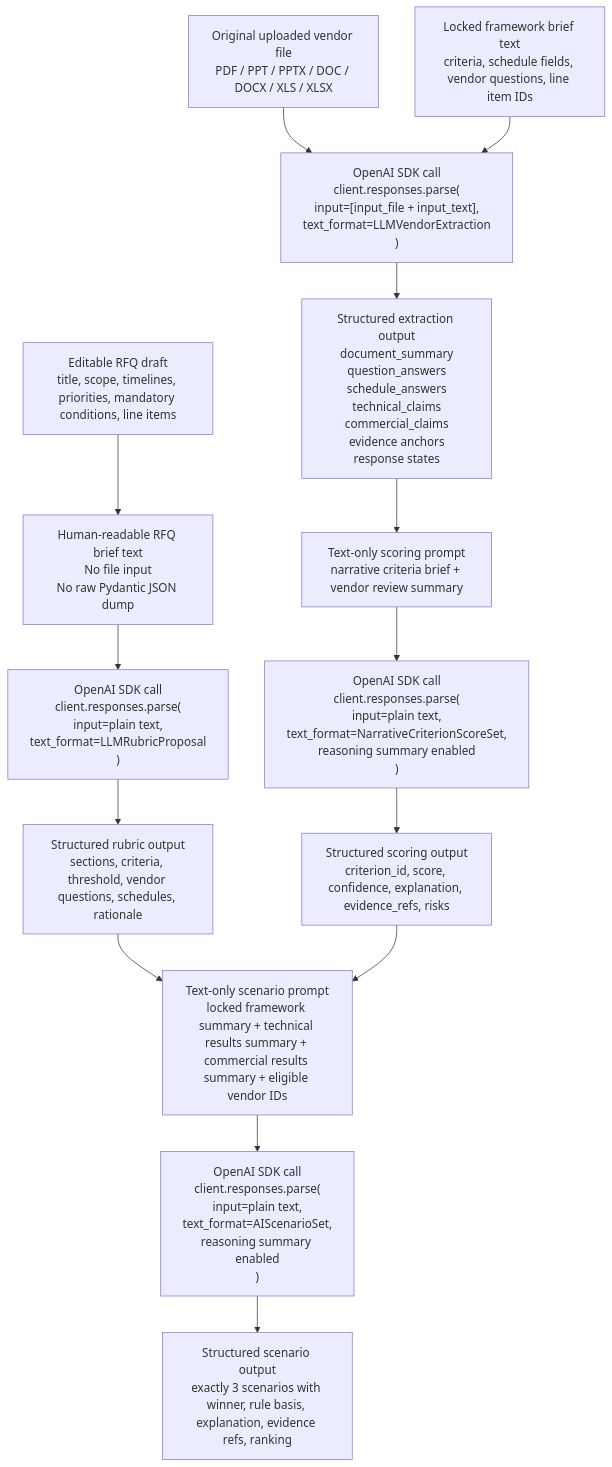
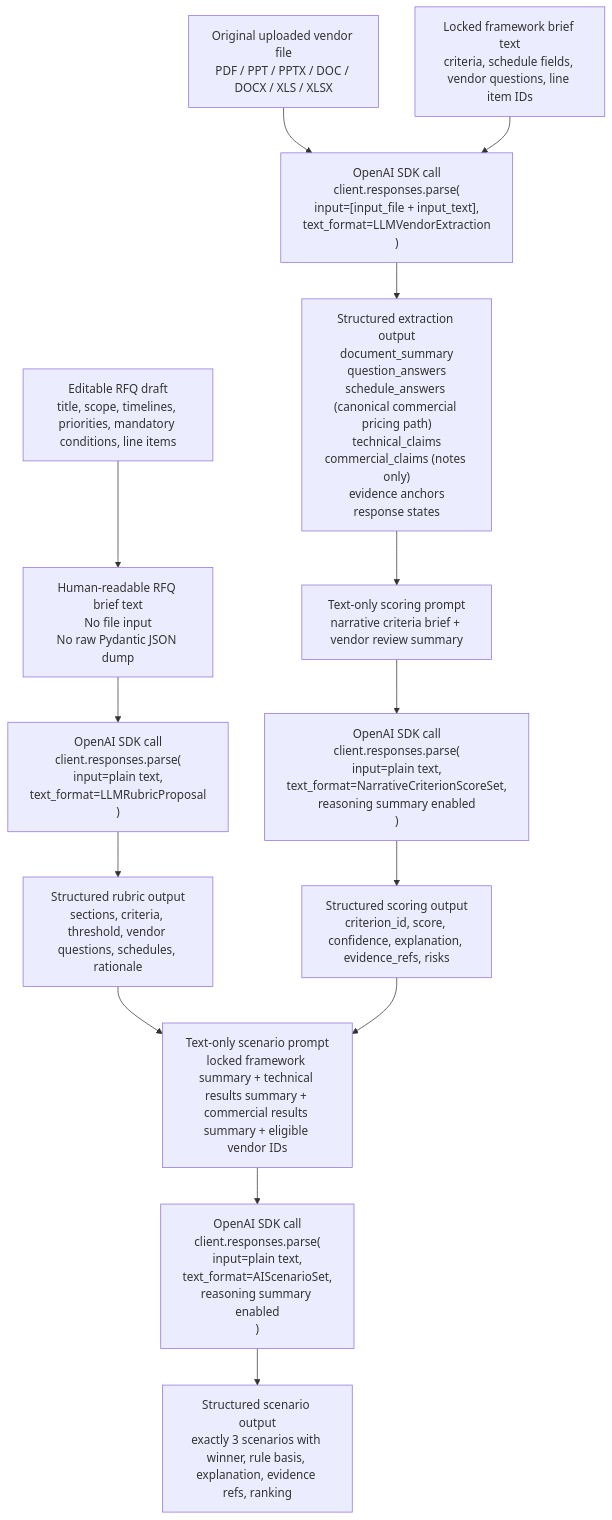
One commit to architworks/rfq_automation_system changed the second of 2 diagrams in docs/IMPLEMENTATION_PIPELINE.md. Above: the diagram before and after it, drawn with Mermaid. The commit also changed other lines of this file and 10 other files, not shown here.

First line of the commit message:
refactor: make commercial schedule rows the canonical pricing source and stop normalizing from commercial claims

````diff
--- a/docs/IMPLEMENTATION_PIPELINE.md
+++ b/docs/IMPLEMENTATION_PIPELINE.md
@@ -78,28 +78,28 @@
 ```mermaid
 flowchart TD
     RFQ["Editable RFQ draft<br/>title, scope, timelines, priorities, mandatory conditions, line items"]
     RFQBRIEF["Human-readable RFQ brief text<br/>No file input<br/>No raw Pydantic JSON dump"]
     RUBRICCALL["OpenAI SDK call<br/>client.responses.parse(<br/>input=plain text,<br/>text_format=LLMRubricProposal<br/>)"]
     RUBRICOUT["Structured rubric output<br/>sections, criteria, threshold, vendor questions, schedules, rationale"]
 
     VFILE["Original uploaded vendor file<br/>PDF / PPT / PPTX / DOC / DOCX / XLS / XLSX"]
     FRAMEWORK["Locked framework brief text<br/>criteria, schedule fields, vendor questions, line item IDs"]
     EXTRACTCALL["OpenAI SDK call<br/>client.responses.parse(<br/>input=[input_file + input_text],<br/>text_format=LLMVendorExtraction<br/>)"]
-    EXTRACTOUT["Structured extraction output<br/>document_summary<br/>question_answers<br/>schedule_answers<br/>technical_claims<br/>commercial_claims<br/>evidence anchors<br/>response states"]
+    EXTRACTOUT["Structured extraction output<br/>document_summary<br/>question_answers<br/>schedule_answers (canonical commercial pricing path)<br/>technical_claims<br/>commercial_claims (notes only)<br/>evidence anchors<br/>response states"]
 
     SCOREINPUT["Text-only scoring prompt<br/>narrative criteria brief + vendor review summary"]
     SCORECALL["OpenAI SDK call<br/>client.responses.parse(<br/>input=plain text,<br/>text_format=NarrativeCriterionScoreSet,<br/>reasoning summary enabled<br/>)"]
     SCOREOUT["Structured scoring output<br/>criterion_id, score, confidence, explanation, evidence_refs, risks"]
 
     SCENARIOINPUT["Text-only scenario prompt<br/>locked framework summary + technical results summary + commercial results summary + eligible vendor IDs"]
     SCENARIOCALL["OpenAI SDK call<br/>client.responses.parse(<br/>input=plain text,<br/>text_format=AIScenarioSet,<br/>reasoning summary enabled<br/>)"]
     SCENARIOOUT["Structured scenario output<br/>exactly 3 scenarios with winner, rule basis, explanation, evidence refs, ranking"]
 
     RFQ --> RFQBRIEF --> RUBRICCALL --> RUBRICOUT
     VFILE --> EXTRACTCALL
     FRAMEWORK --> EXTRACTCALL --> EXTRACTOUT
     EXTRACTOUT --> SCOREINPUT --> SCORECALL --> SCOREOUT
     RUBRICOUT --> SCENARIOINPUT
     SCOREOUT --> SCENARIOINPUT
     SCENARIOINPUT --> SCENARIOCALL --> SCENARIOOUT
 ```
````
